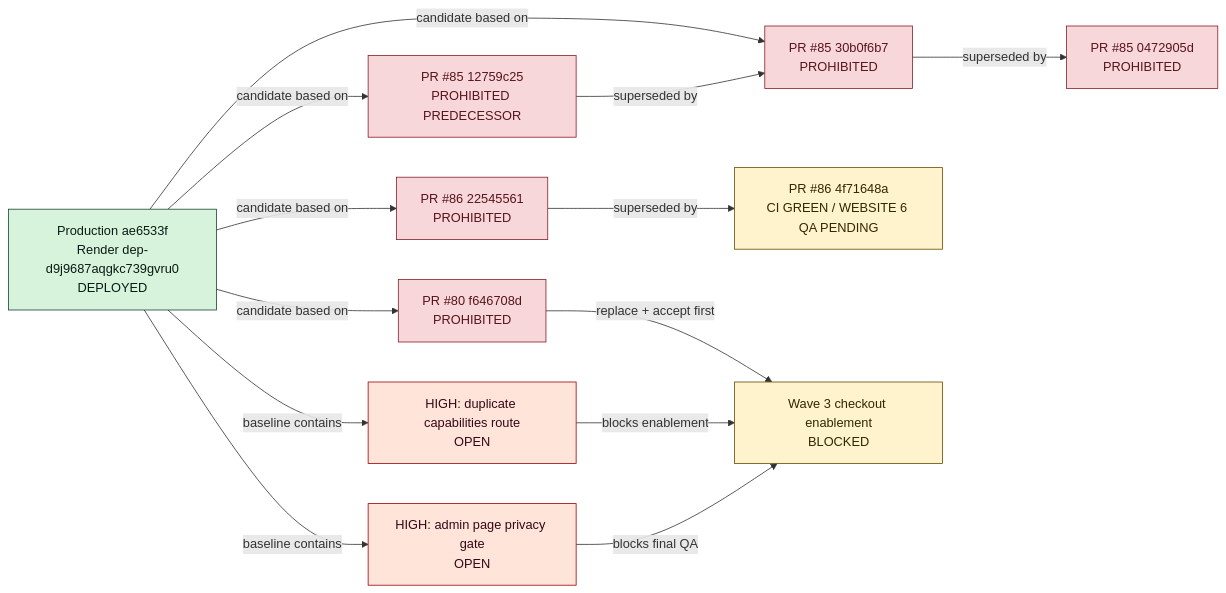
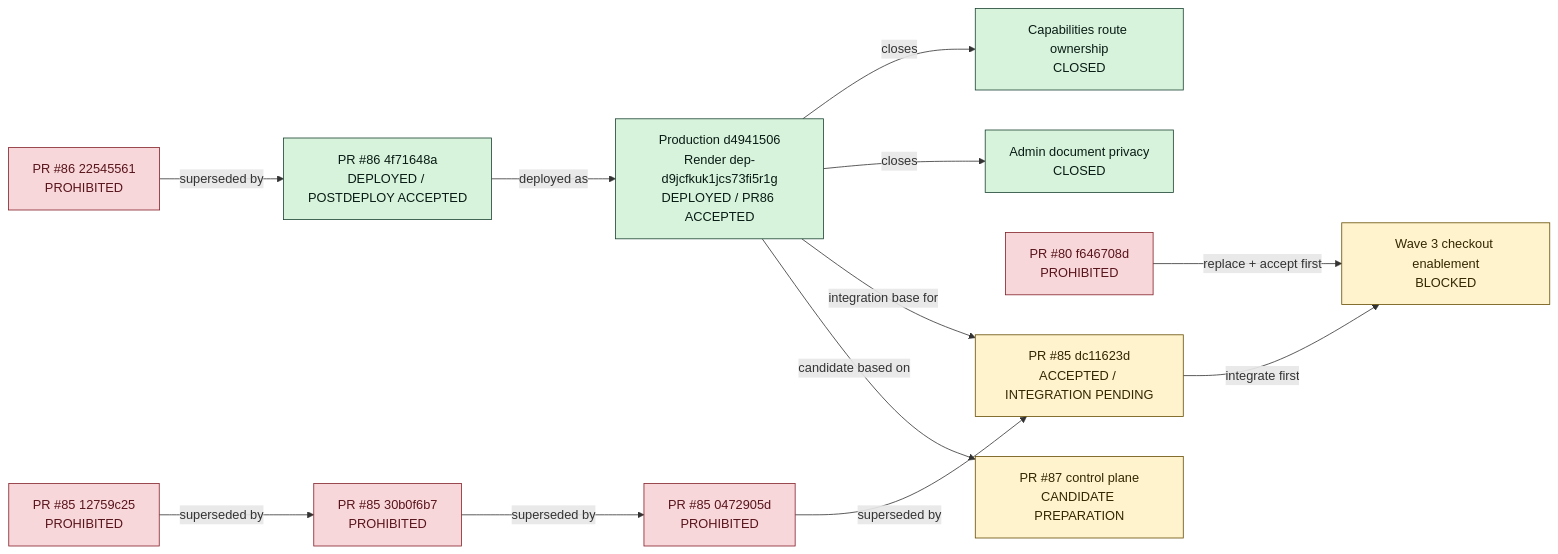
Before and after one commit to teamxenios/xenios-website: the diagram in docs/coordination/ACTIVE_RELEASE_GRAPH.mmd, drawn with Mermaid. The commit also changed 9 other files, not shown here.

Commit message:
chore: reconcile release control plane after PR86

```diff
--- a/docs/coordination/ACTIVE_RELEASE_GRAPH.mmd
+++ b/docs/coordination/ACTIVE_RELEASE_GRAPH.mmd
@@ -1,34 +1,34 @@
 flowchart LR
-  PROD["Production ae6533f<br/>Render dep-d9j9687aqgkc739gvru0<br/>DEPLOYED"]
-  CAP["HIGH: duplicate capabilities route<br/>OPEN"]
-  PRIV["HIGH: admin page privacy gate<br/>OPEN"]
+  PROD["Production d4941506<br/>Render dep-d9jcfkuk1jcs73fi5r1g<br/>DEPLOYED / PR86 ACCEPTED"]
+  CAP["Capabilities route ownership<br/>CLOSED"]
+  PRIV["Admin document privacy<br/>CLOSED"]
   PR80["PR #80 f646708d<br/>PROHIBITED"]
-  PR85OLD["PR #85 12759c25<br/>PROHIBITED PREDECESSOR"]
-  PR85NEW["PR #85 30b0f6b7<br/>PROHIBITED"]
-  PR85NEXT["PR #85 0472905d<br/>PROHIBITED"]
-  PR86["PR #86 22545561<br/>PROHIBITED"]
-  PR86NEW["PR #86 4f71648a<br/>CI GREEN / WEBSITE 6 QA PENDING"]
+  PR85OLD["PR #85 12759c25<br/>PROHIBITED"]
+  PR85MID["PR #85 30b0f6b7<br/>PROHIBITED"]
+  PR85LAST["PR #85 0472905d<br/>PROHIBITED"]
+  PR85["PR #85 dc11623d<br/>ACCEPTED / INTEGRATION PENDING"]
+  PR86OLD["PR #86 22545561<br/>PROHIBITED"]
+  PR86["PR #86 4f71648a<br/>DEPLOYED / POSTDEPLOY ACCEPTED"]
+  PR87["PR #87 control plane<br/>CANDIDATE PREPARATION"]
   CHECKOUT["Wave 3 checkout enablement<br/>BLOCKED"]
 
-  PROD -->|baseline contains| CAP
-  PROD -->|baseline contains| PRIV
-  PROD -->|candidate based on| PR80
-  PROD -->|candidate based on| PR85OLD
-  PROD -->|candidate based on| PR85NEW
-  PROD -->|candidate based on| PR86
-  PR86 -->|superseded by| PR86NEW
-  PR85OLD -->|superseded by| PR85NEW
-  PR85NEW -->|superseded by| PR85NEXT
+  PR86 -->|deployed as| PROD
+  PROD -->|closes| CAP
+  PROD -->|closes| PRIV
+  PR86OLD -->|superseded by| PR86
+  PR85OLD -->|superseded by| PR85MID
+  PR85MID -->|superseded by| PR85LAST
+  PR85LAST -->|superseded by| PR85
+  PROD -->|integration base for| PR85
+  PROD -->|candidate based on| PR87
   PR80 -->|replace + accept first| CHECKOUT
-  CAP -->|blocks enablement| CHECKOUT
-  PRIV -->|blocks final QA| CHECKOUT
+  PR85 -->|integrate first| CHECKOUT
 
   classDef live fill:#d8f3dc,stroke:#1b4332,color:#081c15
-  classDef high fill:#ffe5d9,stroke:#9d0208,color:#370617
+  classDef closed fill:#d8f3dc,stroke:#1b4332,color:#081c15
   classDef prohibited fill:#f8d7da,stroke:#842029,color:#58151c
-  classDef blocked fill:#fff3cd,stroke:#664d03,color:#332701
-  class PROD live
-  class CAP,PRIV high
-  class PR80,PR85OLD,PR85NEW,PR85NEXT,PR86 prohibited
-  class PR86NEW blocked
-  class CHECKOUT blocked
+  classDef pending fill:#fff3cd,stroke:#664d03,color:#332701
+  class PROD,PR86 live
+  class CAP,PRIV closed
+  class PR80,PR85OLD,PR85MID,PR85LAST,PR86OLD prohibited
+  class PR85,PR87,CHECKOUT pending
```
